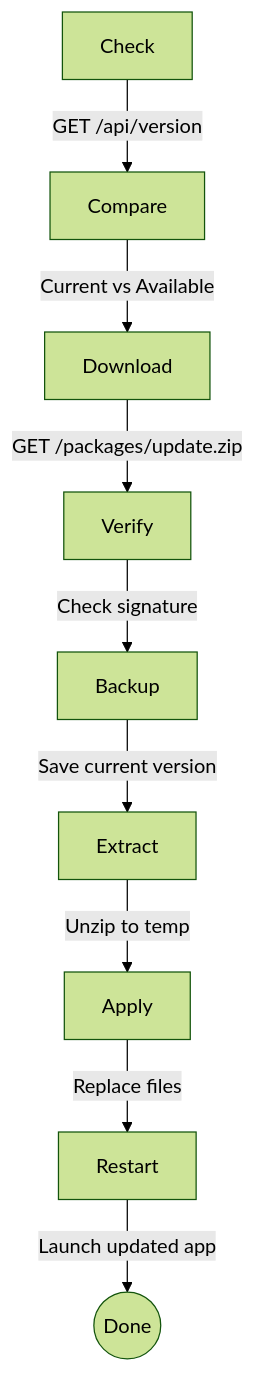
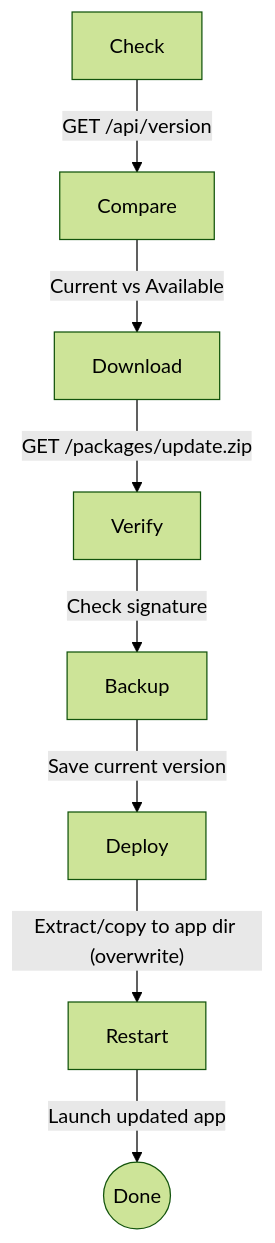
Before and after one commit to Ilkhom-S/e-kiosk: the diagram in apps/Updater/README.md, drawn with Mermaid (forest theme). The commit also changed other lines of this file, not shown here.

Commit message:
docs(updater): document file overwrite logic and update mechanism in README

````diff
--- a/apps/Updater/README.md
+++ b/apps/Updater/README.md
@@ -64,11 +64,10 @@
 ```mermaid
 flowchart TB
-    Check["Check"] -->|"GET /api/version"| Compare["Compare"]
-    Compare -->|"Current vs Available"| Download
-    Download["Download"] -->|"GET /packages/update.zip"| Verify
-    Verify["Verify"] -->|"Check signature"| Backup
-    Backup["Backup"] -->|"Save current version"| Extract
-    Extract["Extract"] -->|"Unzip to temp"| Apply
-    Apply["Apply"] -->|"Replace files"| Restart
-    Restart["Restart"] -->|"Launch updated app"| Done((Done))
+        Check["Check"] -->|"GET /api/version"| Compare["Compare"]
+        Compare -->|"Current vs Available"| Download
+        Download["Download"] -->|"GET /packages/update.zip"| Verify
+        Verify["Verify"] -->|"Check signature"| Backup
+        Backup["Backup"] -->|"Save current version"| Deploy
+        Deploy["Deploy"] -->|"Extract/copy to app dir (overwrite)"| Restart
+        Restart["Restart"] -->|"Launch updated app"| Done((Done))
 ```
````
